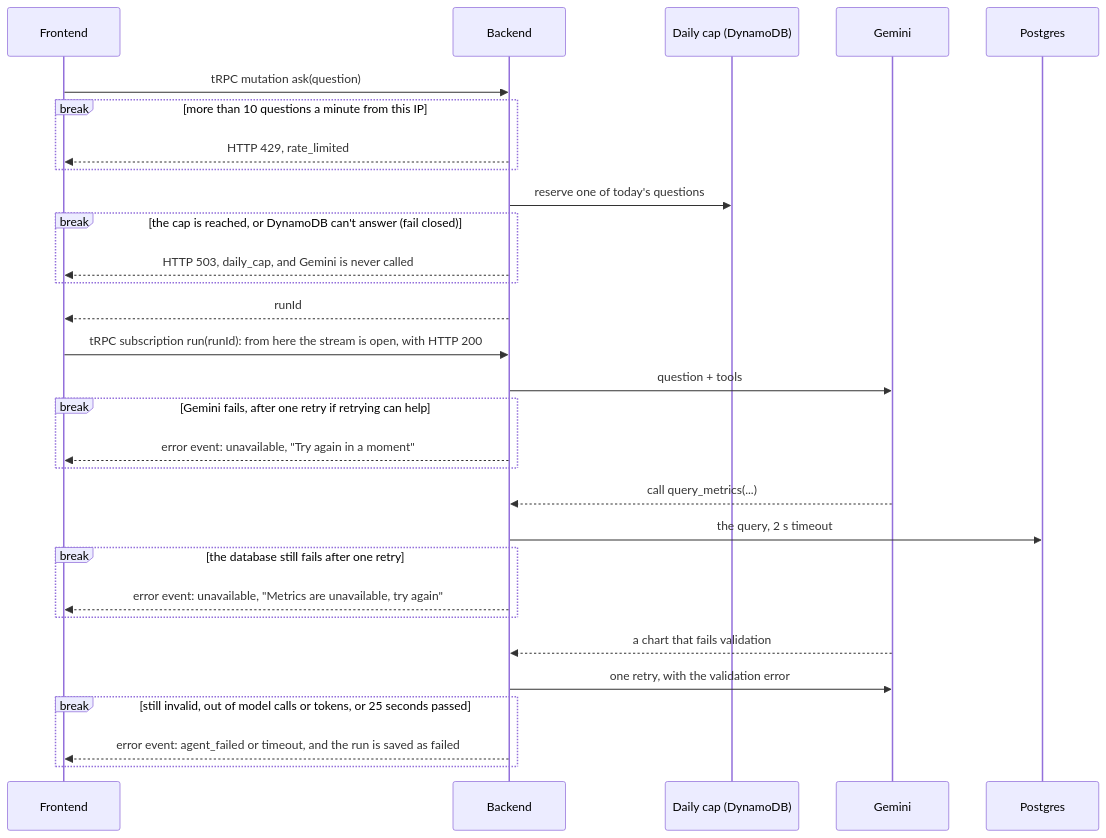
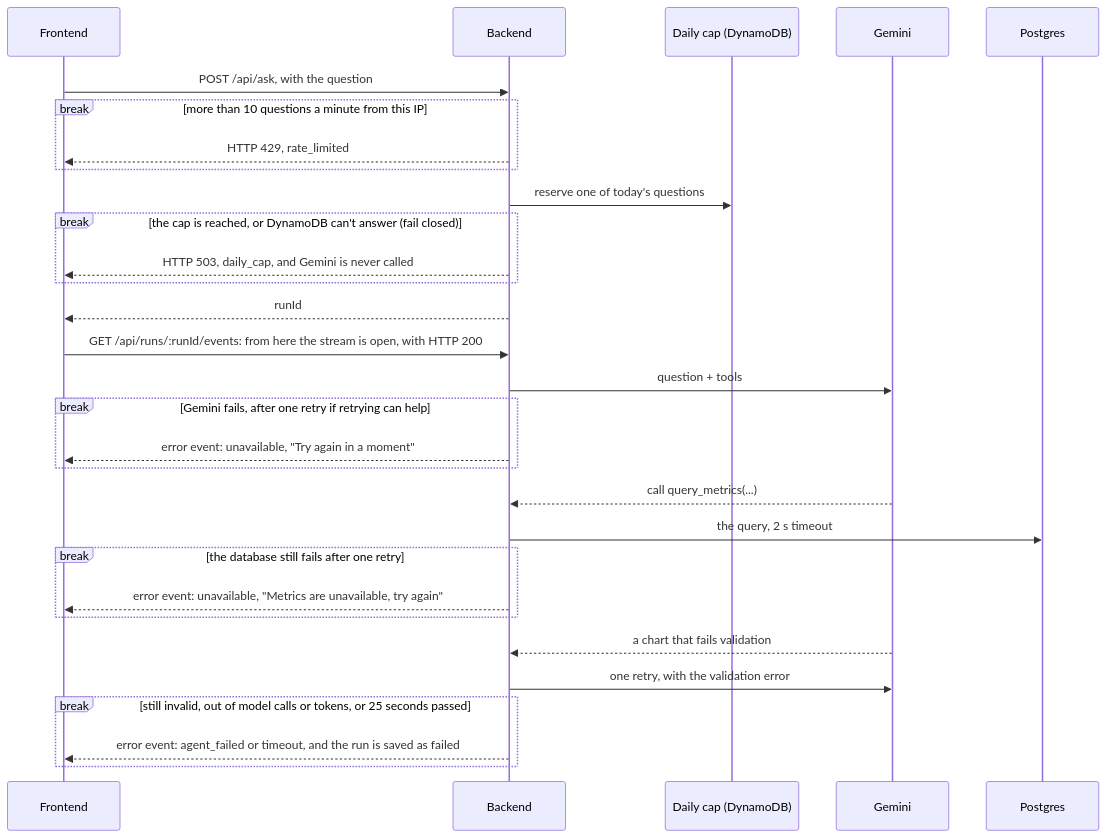
The fifth of 8 diagrams in docs/design.md (vovadyach/dashgen), drawn with Mermaid before and after one commit. The commit also changed other lines of this file and 8 other files, not shown here.

````diff
--- a/docs/design.md
+++ b/docs/design.md
@@ -233,33 +233,33 @@
 ```mermaid
 sequenceDiagram
     participant F as Frontend
     participant B as Backend
     participant C as Daily cap (DynamoDB)
     participant LLM as Gemini
     participant DB as Postgres
 
-    F->>B: tRPC mutation ask(question)
+    F->>B: POST /api/ask, with the question
     break more than 10 questions a minute from this IP
         B-->>F: HTTP 429, rate_limited
     end
     B->>C: reserve one of today's questions
     break the cap is reached, or DynamoDB can't answer (fail closed)
         B-->>F: HTTP 503, daily_cap, and Gemini is never called
     end
     B-->>F: runId
-    F->>B: tRPC subscription run(runId): from here the stream is open, with HTTP 200
+    F->>B: GET /api/runs/:runId/events: from here the stream is open, with HTTP 200
     B->>LLM: question + tools
     break Gemini fails, after one retry if retrying can help
         B-->>F: error event: unavailable, "Try again in a moment"
     end
     LLM-->>B: call query_metrics(...)
     B->>DB: the query, 2 s timeout
     break the database still fails after one retry
         B-->>F: error event: unavailable, "Metrics are unavailable, try again"
     end
     LLM-->>B: a chart that fails validation
     B->>LLM: one retry, with the validation error
     break still invalid, out of model calls or tokens, or 25 seconds passed
         B-->>F: error event: agent_failed or timeout, and the run is saved as failed
     end
 ```
````
